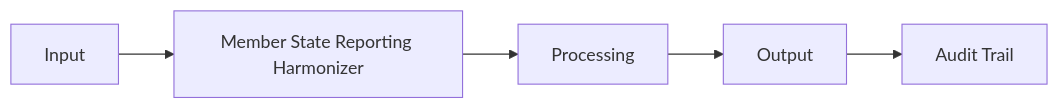
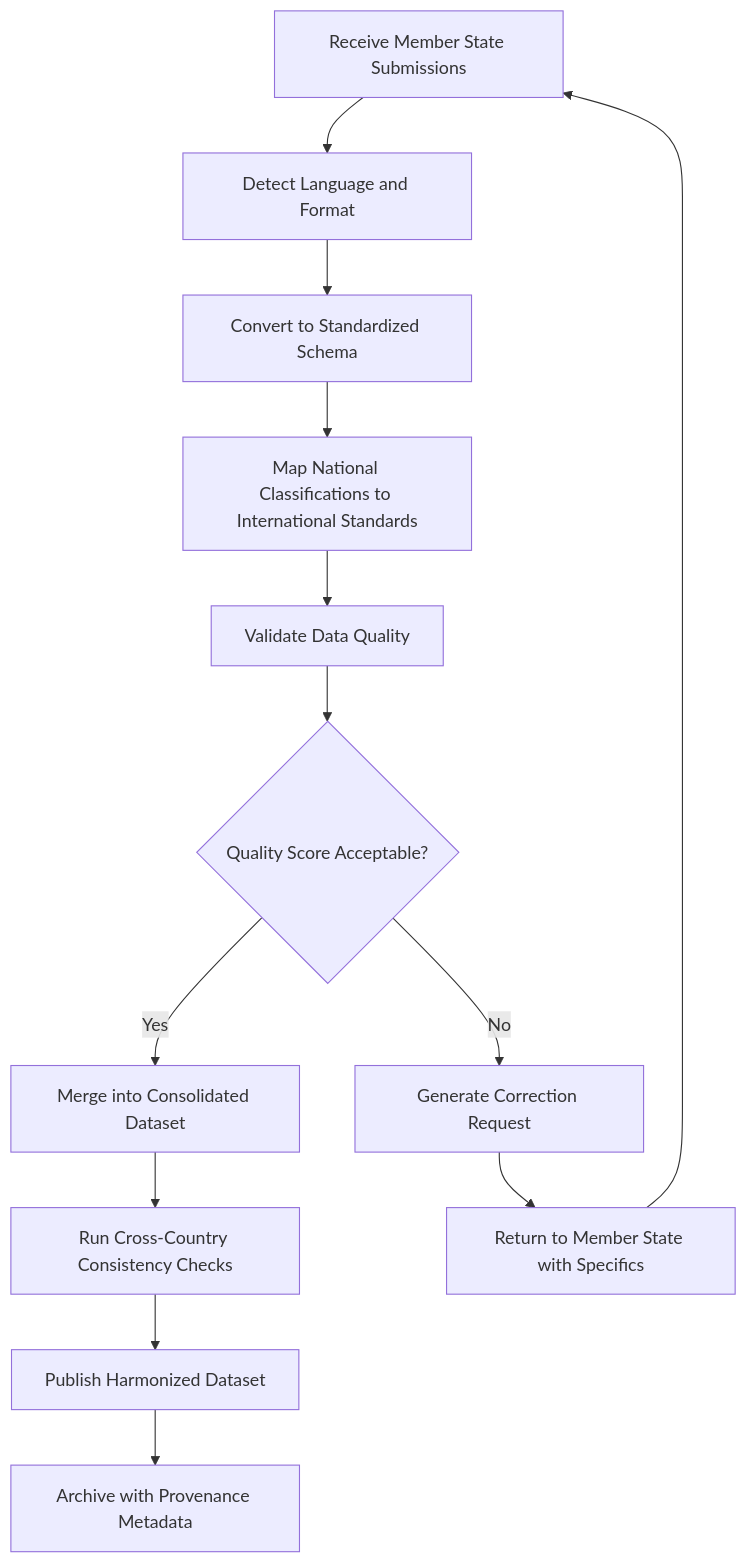
One commit to andrew-leo-2024/marketplace-docs changed the diagram in docs/audiences/04-international-institutions/member-state-reporting-harmonizer.mdx. Above: the diagram before and after it, drawn with Mermaid. The commit also changed other lines of this file and 401 other files, not shown here.

````diff
--- a/docs/audiences/04-international-institutions/member-state-reporting-harmonizer.mdx
+++ b/docs/audiences/04-international-institutions/member-state-reporting-harmonizer.mdx
@@ -29,7 +35,15 @@
 ```mermaid
-graph LR
-    A[Input] --> B[Member State Reporting Harmonizer]
-    B --> C[Processing]
-    C --> D[Output]
-    D --> E[Audit Trail]
+graph TD
+    A[Receive Member State Submissions] --> B[Detect Language and Format]
+    B --> C[Convert to Standardized Schema]
+    C --> D[Map National Classifications to International Standards]
+    D --> E[Validate Data Quality]
+    E --> F{Quality Score Acceptable?}
+    F -->|Yes| G[Merge into Consolidated Dataset]
+    F -->|No| H[Generate Correction Request]
+    H --> I[Return to Member State with Specifics]
+    I --> A
+    G --> J[Run Cross-Country Consistency Checks]
+    J --> K[Publish Harmonized Dataset]
+    K --> L[Archive with Provenance Metadata]
 ```
````
